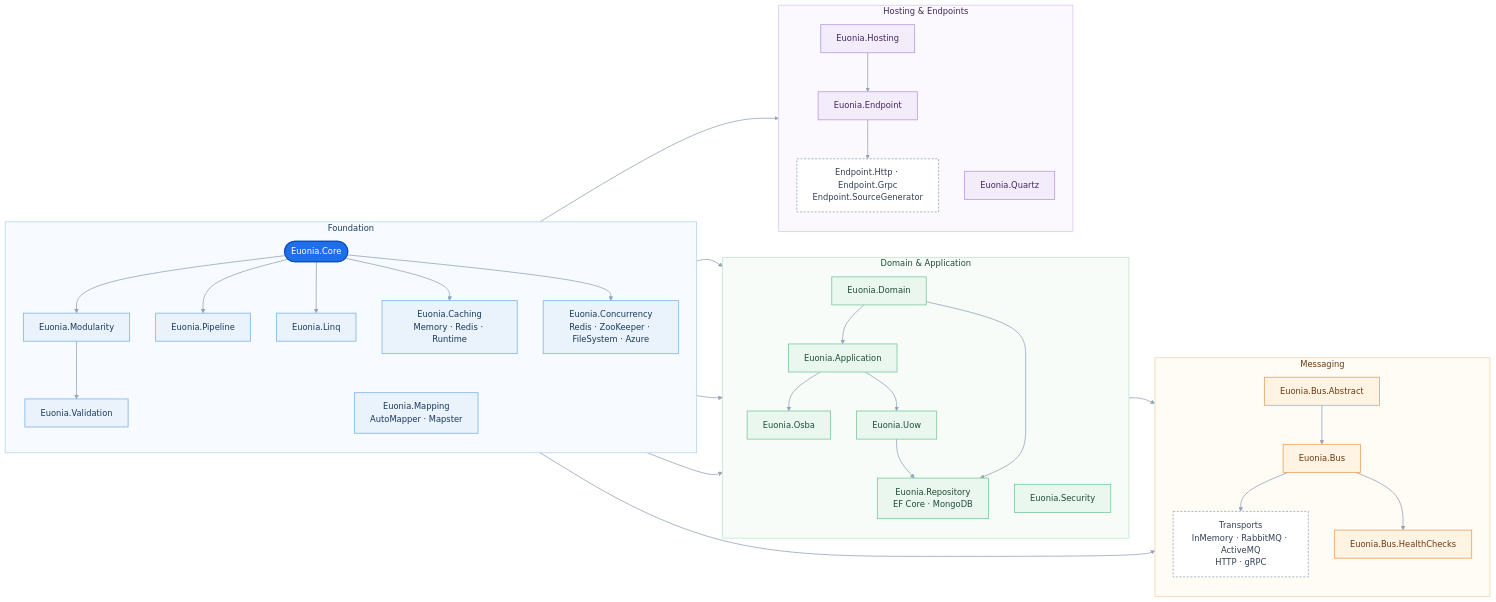
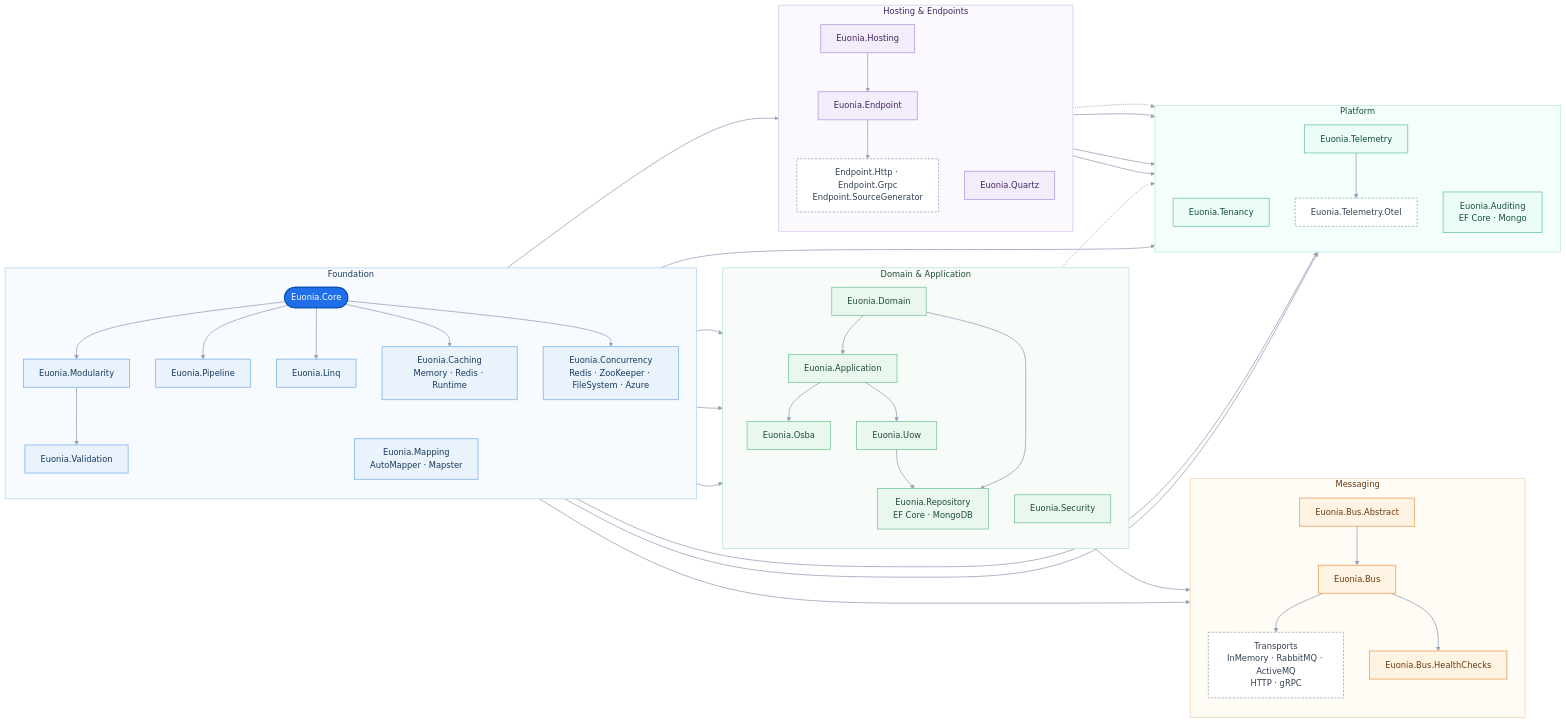
Before and after one commit to euonia-project/euonia-dotnet: the diagram in README.en.md, drawn with Mermaid. The commit also changed other lines of this file and 262 other files, not shown here.

````diff
--- a/README.en.md
+++ b/README.en.md
@@ -43,6 +44,14 @@
         Validation["Euonia.Validation"]
         Caching["Euonia.Caching<br/>Memory · Redis · Runtime"]
         Concurrency["Euonia.Concurrency<br/>Redis · ZooKeeper · FileSystem · Azure"]
+    end
+
+    subgraph P["Platform"]
+        direction TB
+        Tenancy["Euonia.Tenancy"]
+        Auditing["Euonia.Auditing<br/>EF Core · Mongo"]
+        Telemetry["Euonia.Telemetry"]
+        Otel["Euonia.Telemetry.Otel"]
     end
 
     subgraph D["Domain & Application"]
@@ -78,6 +87,15 @@
     Core --> Concurrency
     Core --> Domain
     Core --> Security
+    Core --> Tenancy
+    Core --> Auditing
+    Core --> Telemetry
+    Telemetry --> Otel
+    Repository -.-> Tenancy
+    Quartz -.-> Tenancy
+    Hosting --> Tenancy
+    Hosting --> Auditing
+    Hosting --> Telemetry
     Modularity --> Application
     Modularity --> Hosting
     Modularity --> Validation
@@ -99,6 +117,7 @@
     classDef domain fill:#EAF7EF,stroke:#79C79A,color:#1E4D34,stroke-width:1.5px
     classDef messaging fill:#FFF3E3,stroke:#E8A15C,color:#6B3A0F,stroke-width:1.5px
     classDef hosting fill:#F3ECFB,stroke:#B79BE0,color:#43265E,stroke-width:1.5px
+    classDef platform fill:#ECFDF5,stroke:#6EC5A8,color:#134E3A,stroke-width:1.5px
     classDef aggregate fill:#FFFFFF,stroke:#94A3B8,color:#334155,stroke-width:1.5px,stroke-dasharray: 4 3
 
     class Core core
@@ -106,12 +125,15 @@
     class Domain,Application,Uow,Repository,Osba,Security domain
     class BusAbstract,Bus,BusHealth messaging
     class Hosting,Endpoint,Quartz hosting
+    class Tenancy,Auditing,Telemetry platform
+    class Otel aggregate
     class Transports,EndpointImpl aggregate
 
     style F fill:#F7FBFF,stroke:#B7D3EE,stroke-width:1.5px,color:#173A5E
     style D fill:#F7FCF9,stroke:#BFE5CF,stroke-width:1.5px,color:#1E4D34
     style M fill:#FFFBF5,stroke:#F2D3B3,stroke-width:1.5px,color:#6B3A0F
     style H fill:#FBF8FE,stroke:#D9C9F0,stroke-width:1.5px,color:#43265E
+    style P fill:#F4FEFB,stroke:#BFEADB,stroke-width:1.5px,color:#134E3A
 
     linkStyle default stroke:#94A3B8,stroke-width:1.5px
 ```
````
